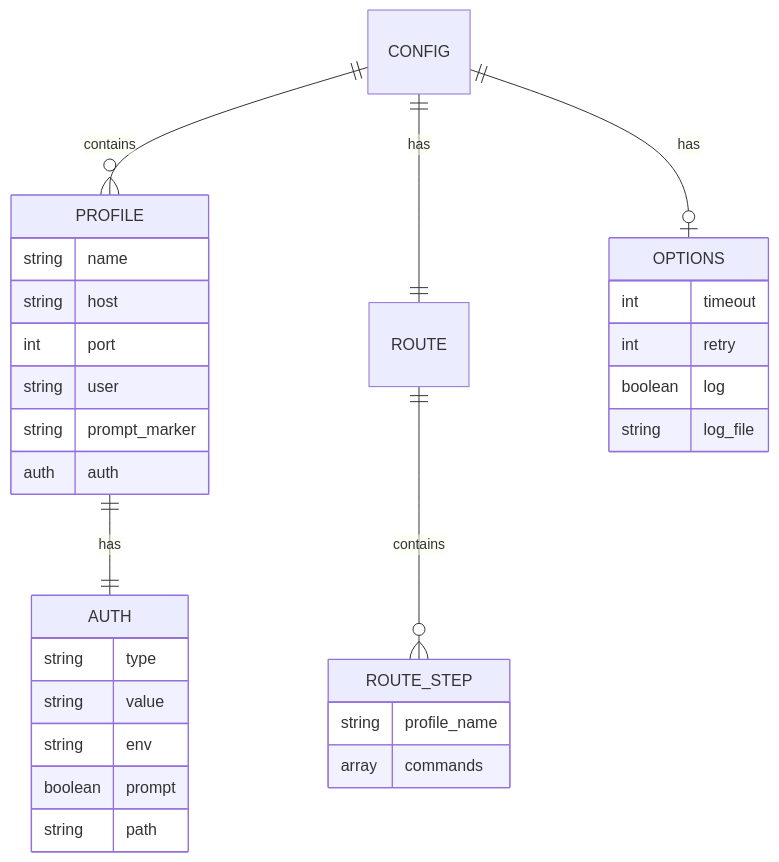
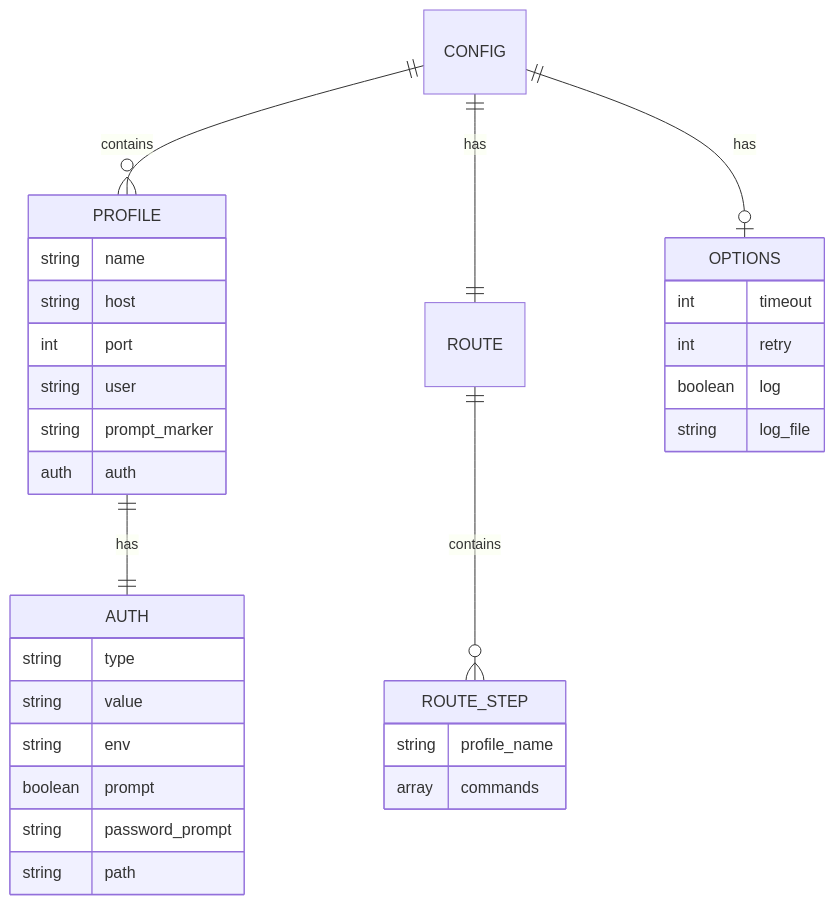
One commit to JHashimoto0518/ttlx changed the second of 7 diagrams in docs/functional-design.md. Above: the diagram before and after it, drawn with Mermaid. The commit also changed other lines of this file and 17 other files, not shown here.

First line of the commit message:
feat: add required password_prompt field for password auth

````diff
--- a/docs/functional-design.md
+++ b/docs/functional-design.md
@@ -119,39 +120,40 @@
 ```mermaid
 erDiagram
     CONFIG ||--o{ PROFILE : contains
     CONFIG ||--|| ROUTE : has
     CONFIG ||--o| OPTIONS : has
 
     PROFILE {
         string name
         string host
         int port
         string user
         string prompt_marker
         auth auth
     }
 
     AUTH {
         string type
         string value
         string env
         boolean prompt
+        string password_prompt
         string path
     }
 
     ROUTE ||--o{ ROUTE_STEP : contains
 
     ROUTE_STEP {
         string profile_name
         array commands
     }
 
     OPTIONS {
         int timeout
         int retry
         boolean log
         string log_file
     }
 
     PROFILE ||--|| AUTH : has
 ```
````
